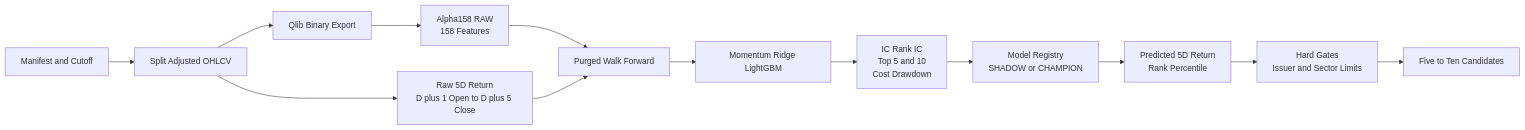
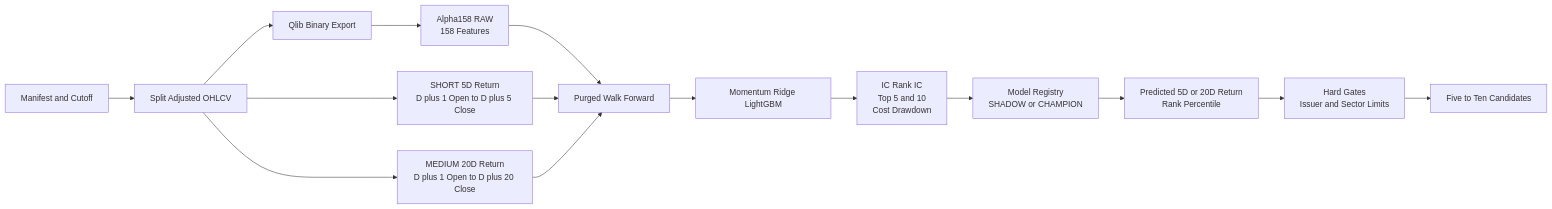
Before and after one commit to brjeong-private/sp500-candidate-engine: the third of 4 diagrams in README.md, drawn with Mermaid. The commit also changed other lines of this file and 5 other files, not shown here.

Commit message:
docs: document daily Azure architecture

````diff
--- a/README.md
+++ b/README.md
@@ -175,15 +219,17 @@
 ```mermaid
 flowchart LR
     Context["Manifest and Cutoff"] --> Adjust["Split Adjusted OHLCV"]
     Adjust --> Qlib["Qlib Binary Export"]
     Qlib --> Features["Alpha158 RAW<br/>158 Features"]
-    Adjust --> Label["Raw 5D Return<br/>D plus 1 Open to D plus 5 Close"]
+    Adjust --> ShortLabel["SHORT 5D Return<br/>D plus 1 Open to D plus 5 Close"]
+    Adjust --> MediumLabel["MEDIUM 20D Return<br/>D plus 1 Open to D plus 20 Close"]
     Features --> Split["Purged Walk Forward"]
-    Label --> Split
+    ShortLabel --> Split
+    MediumLabel --> Split
     Split --> Models["Momentum Ridge LightGBM"]
     Models --> Eval["IC Rank IC<br/>Top 5 and 10<br/>Cost Drawdown"]
     Eval --> Registry["Model Registry<br/>SHADOW or CHAMPION"]
-    Registry --> Score["Predicted 5D Return<br/>Rank Percentile"]
+    Registry --> Score["Predicted 5D or 20D Return<br/>Rank Percentile"]
     Score --> Select["Hard Gates<br/>Issuer and Sector Limits"]
     Select --> Candidates["Five to Ten Candidates"]
 ```
````
